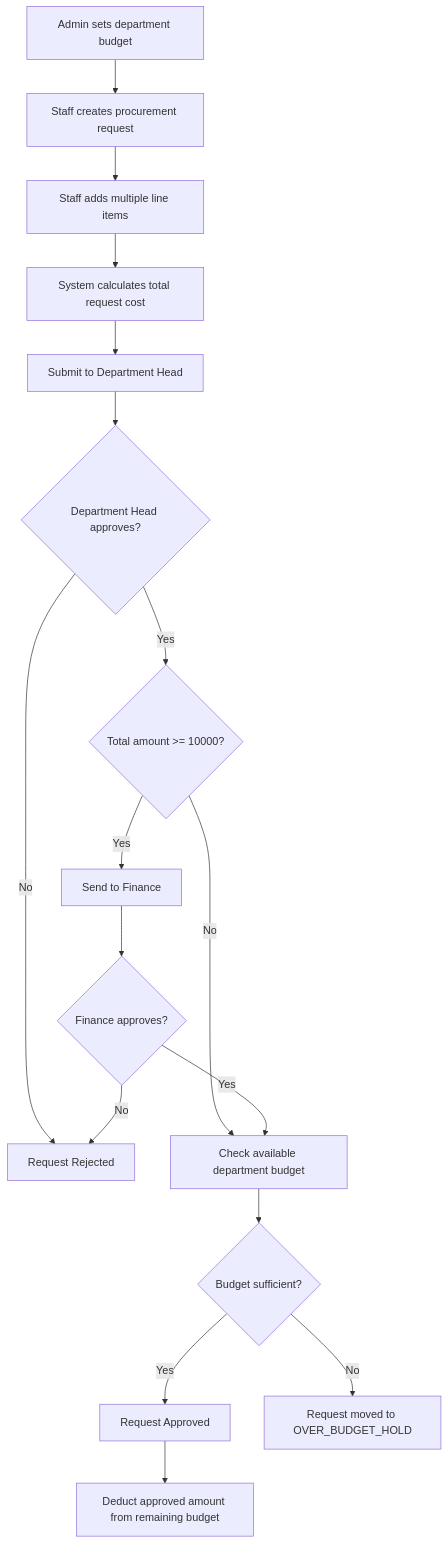
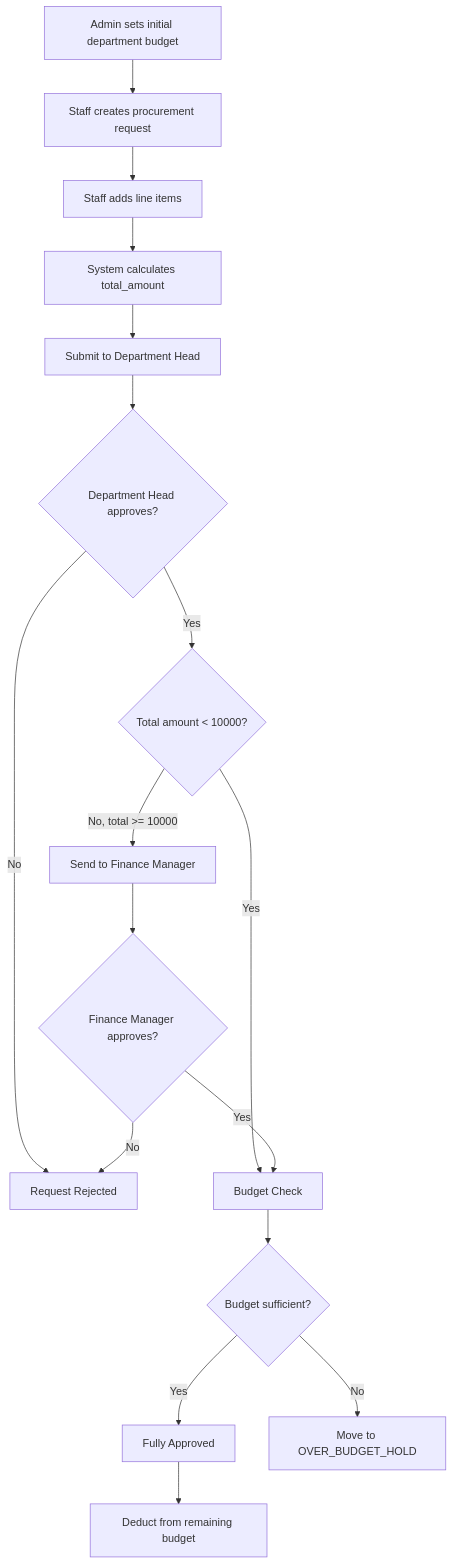
The second of 3 diagrams in README.md (Kishore423/procurement-budget-system), drawn with Mermaid before and after one commit. The commit also changed other lines of this file, not shown here.

````diff
--- a/README.md
+++ b/README.md
@@ -71,30 +79,29 @@
 ```mermaid
 flowchart TD
-    A[Admin sets department budget]
+    A[Admin sets initial department budget]
     B[Staff creates procurement request]
-    C[Staff adds multiple line items]
-    D[System calculates total request cost]
+    C[Staff adds line items]
+    D[System calculates total_amount]
     E[Submit to Department Head]
     F{Department Head approves?}
     G[Request Rejected]
-    H{Total amount >= 10000?}
-    I[Check available department budget]
+    H{Total amount < 10000?}
+    I[Budget Check]
     J{Budget sufficient?}
-    K[Request Approved]
-    L[Request moved to OVER_BUDGET_HOLD]
-    M[Send to Finance]
-    N{Finance approves?}
-    O[Deduct approved amount from remaining budget]
+    K[Fully Approved]
+    L[Move to OVER_BUDGET_HOLD]
+    M[Send to Finance Manager]
+    N{Finance Manager approves?}
+    O[Deduct from remaining budget]
 
-    A --> B
-    B --> C --> D --> E --> F
+    A --> B --> C --> D --> E --> F
     F -- No --> G
     F -- Yes --> H
-    H -- No --> I
-    H -- Yes --> M --> N
+    H -- Yes --> I
+    H -- No, total >= 10000 --> M --> N
     N -- No --> G
     N -- Yes --> I
     I --> J
     J -- Yes --> K --> O
     J -- No --> L
 ```
````
